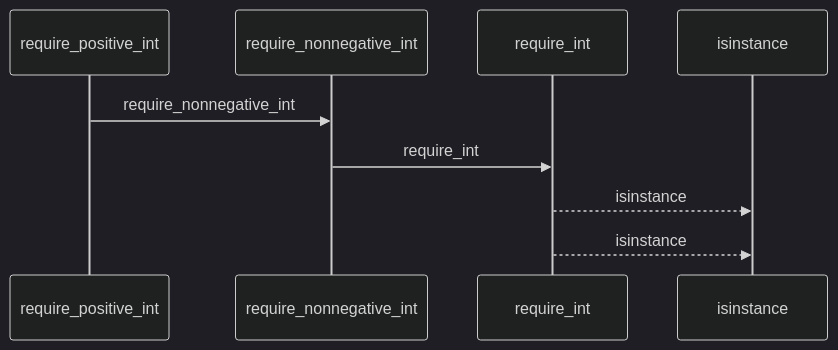
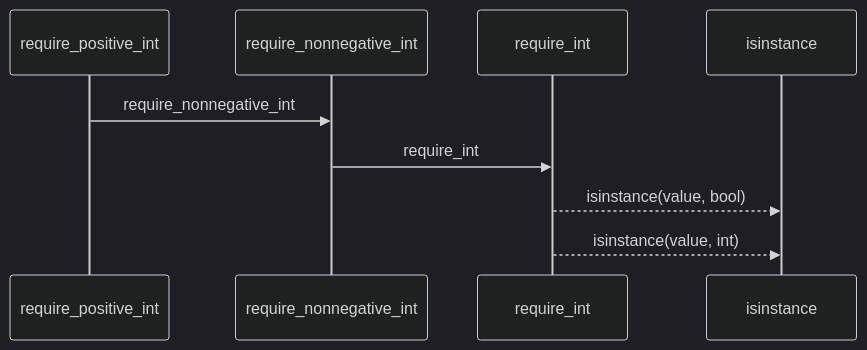
Before and after one commit to Denissvgn/python-wiki-llm: the first of 2 diagrams in docs/llm_wiki/flows/api-require_positive_int.md, drawn with Mermaid (dark theme). The commit also changed other lines of this file and 1410 other files, not shown here.

````diff
--- a/docs/llm_wiki/flows/api-require_positive_int.md
+++ b/docs/llm_wiki/flows/api-require_positive_int.md
@@ -10,11 +12,11 @@
 ```mermaid
 sequenceDiagram
     participant p0 as require_positive_int
     participant p1 as require_nonnegative_int
     participant p2 as require_int
     participant p3 as isinstance
     p0->>p1: require_nonnegative_int
     p1->>p2: require_int
-    p2-->>p3: isinstance
-    p2-->>p3: isinstance
+    p2-->>p3: isinstance(value, bool)
+    p2-->>p3: isinstance(value, int)
 ```
````
